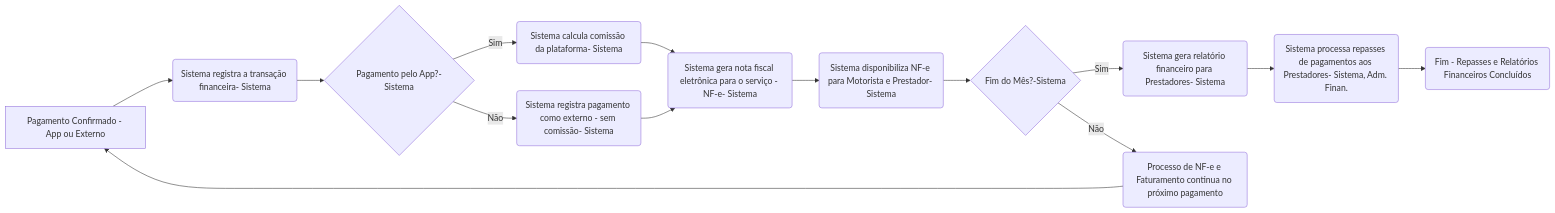
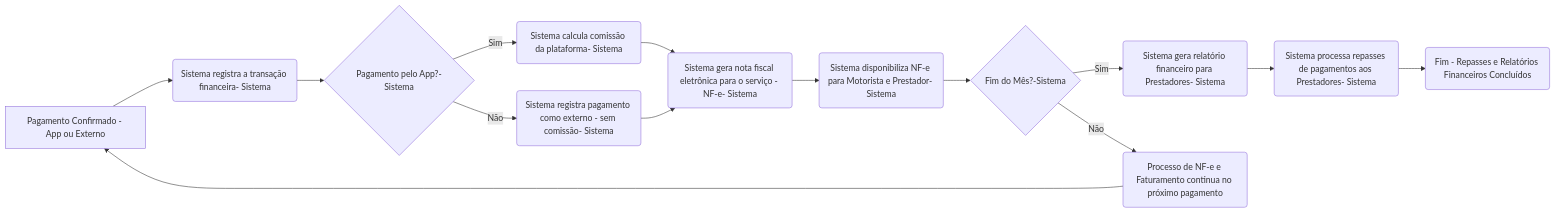
Diagram 11 of 11 in Modelagem.md (z0mer/PJ.PSC), drawn with Mermaid before and after one commit. The commit also changed other lines of this file, not shown here.

````diff
--- a/Modelagem.md
+++ b/Modelagem.md
@@ -191,16 +190,16 @@
 ```mermaid
 graph LR
     A[Pagamento Confirmado - App ou Externo] --> B(Sistema registra a transação financeira- Sistema)
     B --> C{Pagamento pelo App?-Sistema}
     C -- Sim --> D(Sistema calcula comissão da plataforma- Sistema)
     C -- Não --> E(Sistema registra pagamento como externo - sem comissão- Sistema)
     D --> F(Sistema gera nota fiscal eletrônica para o serviço - NF-e- Sistema)
     E --> F
     F --> G(Sistema disponibiliza NF-e para Motorista e Prestador- Sistema)
     G --> H{Fim do Mês?-Sistema}
     H -- Sim --> I(Sistema gera relatório financeiro para Prestadores- Sistema)
-    I --> J(Sistema processa repasses de pagamentos aos Prestadores- Sistema, Adm. Finan.)
+    I --> J(Sistema processa repasses de pagamentos aos Prestadores- Sistema)
     H -- Não --> K(Processo de NF-e e Faturamento continua no próximo pagamento)
     J --> L(Fim - Repasses e Relatórios Financeiros Concluídos)
     K --> A
 ```
````
